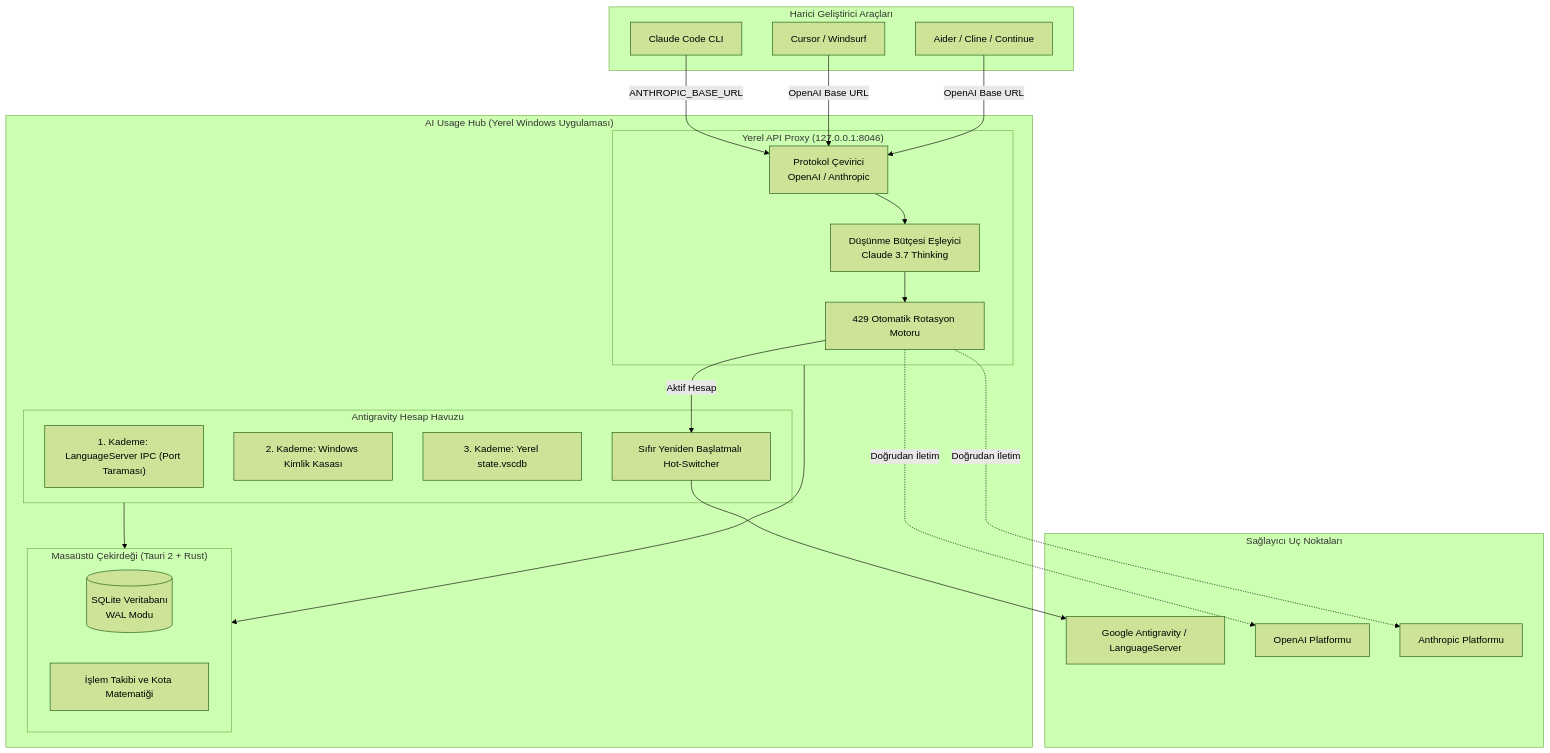
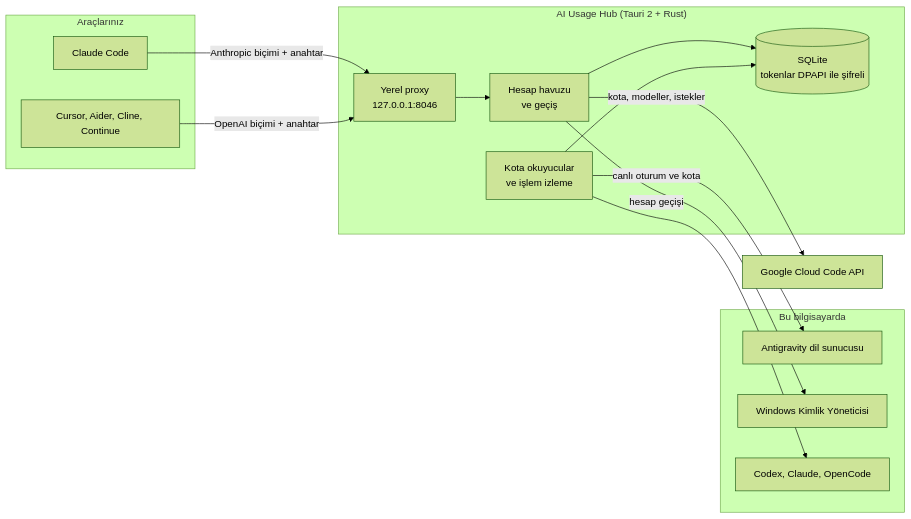
One commit to hfatih/ai-usage-hub changed the diagram in README.tr.md. Above: the diagram before and after it, drawn with Mermaid (forest theme). The commit also changed other lines of this file and 40 other files, not shown here.

First line of the commit message:
Release v0.1.22: real Antigravity data, safer switching, secured proxy

````diff
--- a/README.tr.md
+++ b/README.tr.md
@@ -107,47 +108,32 @@
 ```mermaid
-flowchart TD
-    subgraph IDE_Tools ["Harici Geliştirici Araçları"]
-        CC["Claude Code CLI"]
-        CU["Cursor / Windsurf"]
-        AI["Aider / Cline / Continue"]
+flowchart LR
+    subgraph Tools["Araçlarınız"]
+        CC["Claude Code"]
+        ED["Cursor, Aider, Cline, Continue"]
     end
 
-    subgraph Hub ["AI Usage Hub (Yerel Windows Uygulaması)"]
-        subgraph Gateway ["Yerel API Proxy (127.0.0.1:8046)"]
-            PR["Protokol Çevirici\nOpenAI / Anthropic"]
-            RM["Düşünme Bütçesi Eşleyici\nClaude 3.7 Thinking"]
-            AR["429 Otomatik Rotasyon Motoru"]
-        end
-
-        subgraph AccountPool ["Antigravity Hesap Havuzu"]
-            T1["1. Kademe: LanguageServer IPC (Port Taraması)"]
-            T2["2. Kademe: Windows Kimlik Kasası"]
-            T3["3. Kademe: Yerel state.vscdb"]
-            HS["Sıfır Yeniden Başlatmalı Hot-Switcher"]
-        end
-
-        subgraph Core ["Masaüstü Çekirdeği (Tauri 2 + Rust)"]
-            DB[("SQLite Veritabanı\nWAL Modu")]
-            PM["İşlem Takibi ve Kota Matematiği"]
-        end
+    subgraph Hub["AI Usage Hub (Tauri 2 + Rust)"]
+        PX["Yerel proxy<br/>127.0.0.1:8046"]
+        POOL["Hesap havuzu<br/>ve geçiş"]
+        MON["Kota okuyucular<br/>ve işlem izleme"]
+        DB[("SQLite<br/>tokenlar DPAPI ile şifreli")]
     end
 
-    subgraph Upstream ["Sağlayıcı Uç Noktaları"]
-        GAPI["Google Antigravity / LanguageServer"]
-        OAPI["OpenAI Platformu"]
-        AAPI["Anthropic Platformu"]
+    subgraph Local["Bu bilgisayarda"]
+        AG["Antigravity dil sunucusu"]
+        WCM["Windows Kimlik Yöneticisi"]
+        APPS["Codex, Claude, OpenCode"]
     end
 
-    CC -->|ANTHROPIC_BASE_URL| PR
-    CU -->|OpenAI Base URL| PR
-    AI -->|OpenAI Base URL| PR
+    G["Google Cloud Code API"]
 
-    PR --> RM --> AR
-    AR -->|Aktif Hesap| HS
-    HS --> GAPI
-    AR -.->|Doğrudan İletim| OAPI
-    AR -.->|Doğrudan İletim| AAPI
-
-    AccountPool --> Core
-    Gateway --> Core
+    CC -->|"Anthropic biçimi + anahtar"| PX
+    ED -->|"OpenAI biçimi + anahtar"| PX
+    PX --> POOL
+    POOL -->|"kota, modeller, istekler"| G
+    POOL -->|"hesap geçişi"| WCM
+    MON -->|"canlı oturum ve kota"| AG
+    MON --> APPS
+    POOL --> DB
+    MON --> DB
 ```
````
